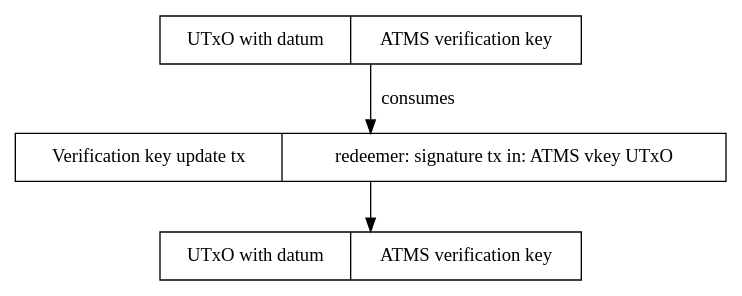
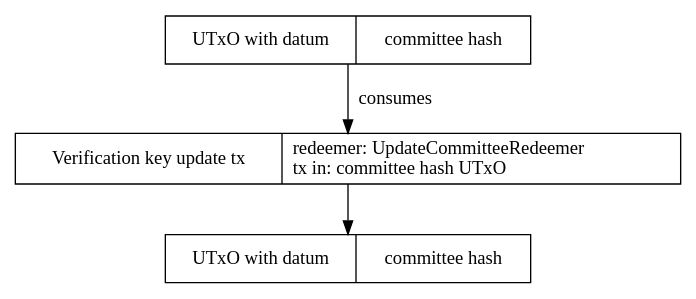
Before and after one commit to input-output-hk/partner-chains-smart-contracts: the diagram in docs/pubkeyupdate.dot, drawn with Graphviz. The commit also changed 4 other files, not shown here.

```diff
--- a/docs/pubkeyupdate.dot
+++ b/docs/pubkeyupdate.dot
@@ -1,19 +1,33 @@
 strict digraph { 
   node [shape=record]
 
+//  pubKey [
+//    label = "UTxO with datum | ATMS verification key"
+//    ]
+
   pubKey [
-    label = "UTxO with datum | ATMS verification key"
+    label = "UTxO with datum | committee hash"
     ]
 
+//  newPubKey [
+//    label = "UTxO with datum | ATMS verification key"
+//    ]
+
   newPubKey [
-    label = "UTxO with datum | ATMS verification key"
+    label = "UTxO with datum | committee hash"
     ]
 
   tx [label = "Verification key update tx |
-        redeemer: signature
-        tx in: ATMS vkey UTxO
+        redeemer: UpdateCommitteeRedeemer\l
+        tx in: committee hash UTxO\l
       "]
+
+//  tx [label = "Verification key update tx |
+//        redeemer: signature\l
+//        tx in: ATMS vkey UTxO\l
+//      "]
+//
 
   pubKey -> tx [label = "consumes"]
   tx -> newPubKey
 }
```
